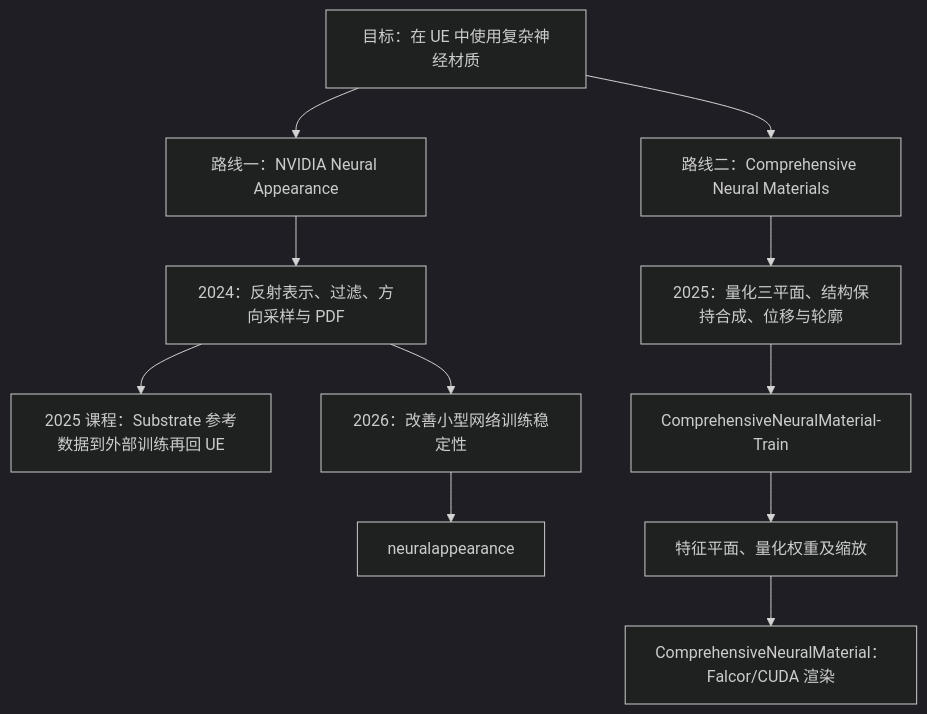
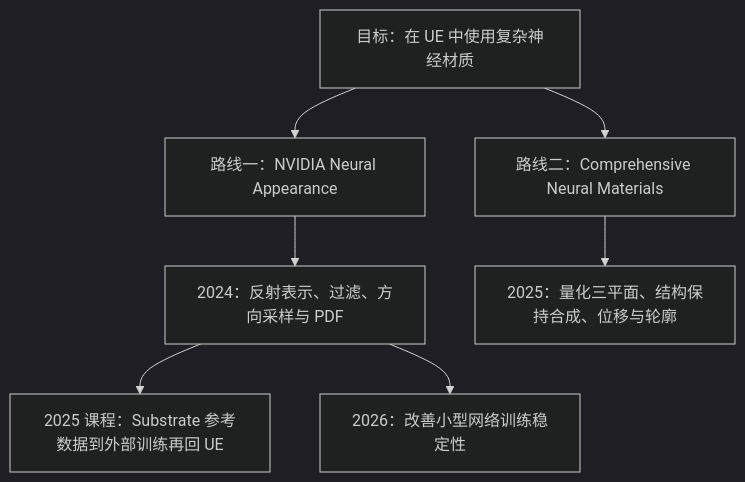
The diagram in projects/neural-bsdf/research.md (bolin12/bolin12.github.io), drawn with Mermaid (dark theme) before and after one commit. The commit also changed other lines of this file and 15 other files, not shown here.

First line of the commit message:
Trim the neural-material docs: merge paper companions, cut performance, trace manual and survey

````diff
--- a/projects/neural-bsdf/research.md
+++ b/projects/neural-bsdf/research.md
@@ -142,13 +90,9 @@
 ```mermaid
 flowchart TB
     Goal["目标：在 UE 中使用复杂神经材质"] --> NA["路线一：NVIDIA Neural Appearance"]
     Goal --> CNM["路线二：Comprehensive Neural Materials"]
     NA --> P24["2024：反射表示、过滤、方向采样与 PDF"]
     P24 --> Course["2025 课程：Substrate 参考数据到外部训练再回 UE"]
     P24 --> P26["2026：改善小型网络训练稳定性"]
-    P26 --> Repo["neuralappearance"]
     CNM --> P25["2025：量化三平面、结构保持合成、位移与轮廓"]
-    P25 --> Train["ComprehensiveNeuralMaterial-Train"]
-    Train --> Export["特征平面、量化权重及缩放"]
-    Export --> Renderer["ComprehensiveNeuralMaterial：Falcor/CUDA 渲染"]
 ```
````
